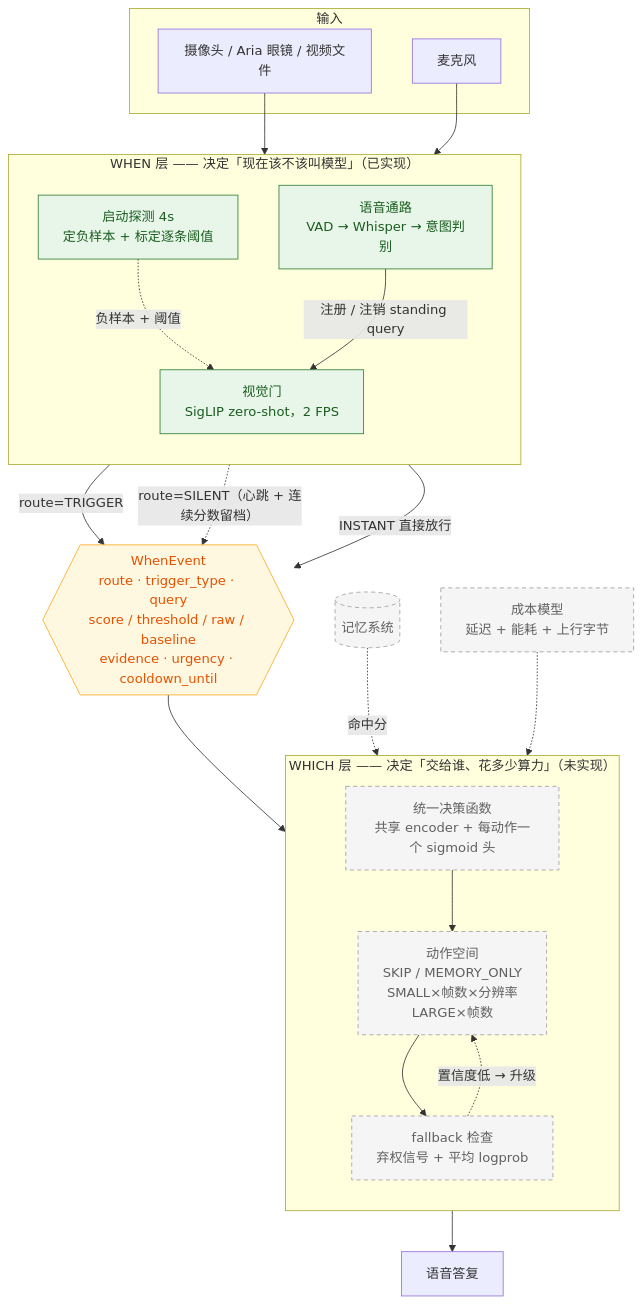
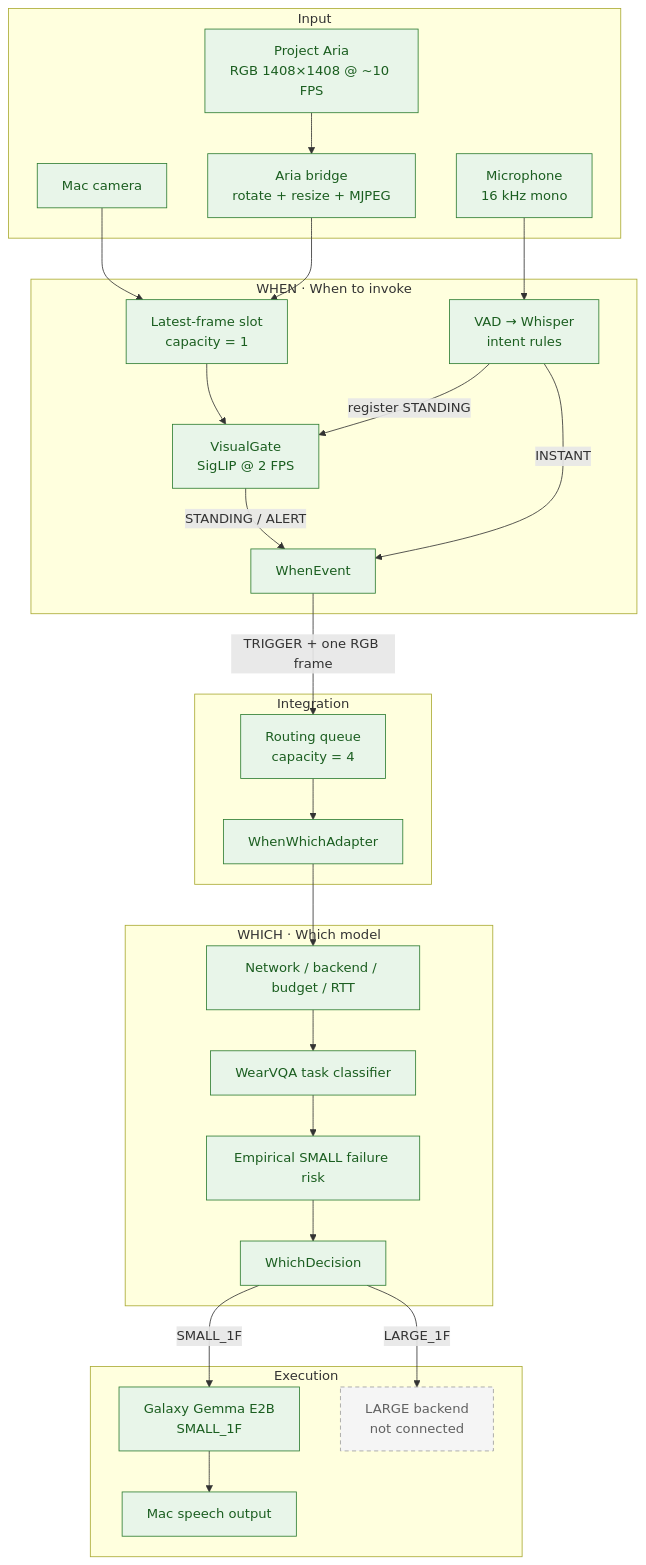
The first of 5 diagrams in when/ARCHITECTURE.md (Zhuoying-Yang/smart_ai_glasses), drawn with Mermaid before and after one commit. The commit also changed other lines of this file, not shown here.

Commit message:
Docs: map the full routing pipeline architecture

````diff
--- a/when/ARCHITECTURE.md
+++ b/when/ARCHITECTURE.md
@@ -12,48 +9,57 @@
 ```mermaid
 flowchart TB
-    subgraph IN["输入"]
-        CAM["摄像头 / Aria 眼镜 / 视频文件"]
-        MIC["麦克风"]
+    subgraph INPUT[Input]
+        ARIA[Project Aria<br/>RGB 1408×1408 @ ~10 FPS]
+        CAM[Mac camera]
+        MIC[Microphone<br/>16 kHz mono]
+        BRIDGE[Aria bridge<br/>rotate + resize + MJPEG]
+        ARIA --> BRIDGE
     end
 
-    subgraph WHEN["WHEN 层 —— 决定「现在该不该叫模型」（已实现）"]
-        direction TB
-        PROBE["启动探测 4s<br/>定负样本 + 标定逐条阈值"]
-        GATE["视觉门<br/>SigLIP zero-shot，2 FPS"]
-        VOICE["语音通路<br/>VAD → Whisper → 意图判别"]
-        PROBE -.->|"负样本 + 阈值"| GATE
-        VOICE -->|"注册 / 注销 standing query"| GATE
+    subgraph WHEN[WHEN · When to invoke]
+        SLOT[Latest-frame slot<br/>capacity = 1]
+        GATE[VisualGate<br/>SigLIP @ 2 FPS]
+        AUDIO[VAD → Whisper<br/>intent rules]
+        EVENT[WhenEvent]
+
+        CAM --> SLOT
+        BRIDGE --> SLOT
+        SLOT --> GATE
+        MIC --> AUDIO
+        GATE -->|STANDING / ALERT| EVENT
+        AUDIO -->|INSTANT| EVENT
+        AUDIO -->|register STANDING| GATE
     end
 
-    EVT{{"WhenEvent<br/>route · trigger_type · query<br/>score / threshold / raw / baseline<br/>evidence · urgency · cooldown_until"}}
-
-    subgraph WHICH["WHICH 层 —— 决定「交给谁、花多少算力」（未实现）"]
-        direction TB
-        DEC["统一决策函数<br/>共享 encoder + 每动作一个 sigmoid 头"]
-        ACT["动作空间<br/>SKIP / MEMORY_ONLY<br/>SMALL×帧数×分辨率<br/>LARGE×帧数"]
-        FB["fallback 检查<br/>弃权信号 + 平均 logprob"]
-        DEC --> ACT --> FB
+    subgraph INTEGRATION[Integration]
+        QUEUE[Routing queue<br/>capacity = 4]
+        ADAPTER[WhenWhichAdapter]
+        QUEUE --> ADAPTER
     end
 
-    OUT["语音答复"]
-    MEM[("记忆系统")]
-    COST["成本模型<br/>延迟 + 能耗 + 上行字节"]
+    subgraph WHICH[WHICH · Which model]
+        FEASIBILITY[Network / backend / budget / RTT]
+        CLASSIFIER[WearVQA task classifier]
+        RISK[Empirical SMALL failure risk]
+        DECISION[WhichDecision]
 
-    CAM --> GATE
-    MIC --> VOICE
-    GATE -->|"route=TRIGGER"| EVT
-    GATE -.->|"route=SILENT（心跳 + 连续分数留档）"| EVT
-    VOICE -->|"INSTANT 直接放行"| EVT
-    EVT --> DEC
-    MEM -.->|"命中分"| DEC
-    COST -.-> DEC
-    FB --> OUT
-    FB -.->|"置信度低 → 升级"| ACT
+        ADAPTER --> FEASIBILITY --> CLASSIFIER --> RISK --> DECISION
+    end
 
-    classDef done fill:#e8f5e9,stroke:#2e7d32,color:#1b5e20
-    classDef todo fill:#f5f5f5,stroke:#9e9e9e,stroke-dasharray:5 4,color:#616161
-    classDef contract fill:#fff8e1,stroke:#f9a825,color:#e65100
-    class PROBE,GATE,VOICE done
-    class DEC,ACT,FB,MEM,COST todo
-    class EVT contract
+    subgraph EXECUTOR[Execution]
+        SMALL[Galaxy Gemma E2B<br/>SMALL_1F]
+        LARGE[LARGE backend<br/>not connected]
+        SPEECH[Mac speech output]
+
+        DECISION -->|SMALL_1F| SMALL --> SPEECH
+        DECISION -->|LARGE_1F| LARGE
+    end
+
+    EVENT -->|TRIGGER + one RGB frame| QUEUE
+
+    classDef live fill:#e8f5e9,stroke:#2e7d32,color:#1b5e20
+    classDef partial fill:#fff8e1,stroke:#f9a825,color:#6d4c00
+    classDef missing fill:#f5f5f5,stroke:#9e9e9e,stroke-dasharray:5 4,color:#616161
+    class ARIA,CAM,MIC,BRIDGE,SLOT,GATE,AUDIO,EVENT,QUEUE,ADAPTER,FEASIBILITY,CLASSIFIER,RISK,DECISION,SMALL,SPEECH live
+    class LARGE missing
 ```
````
